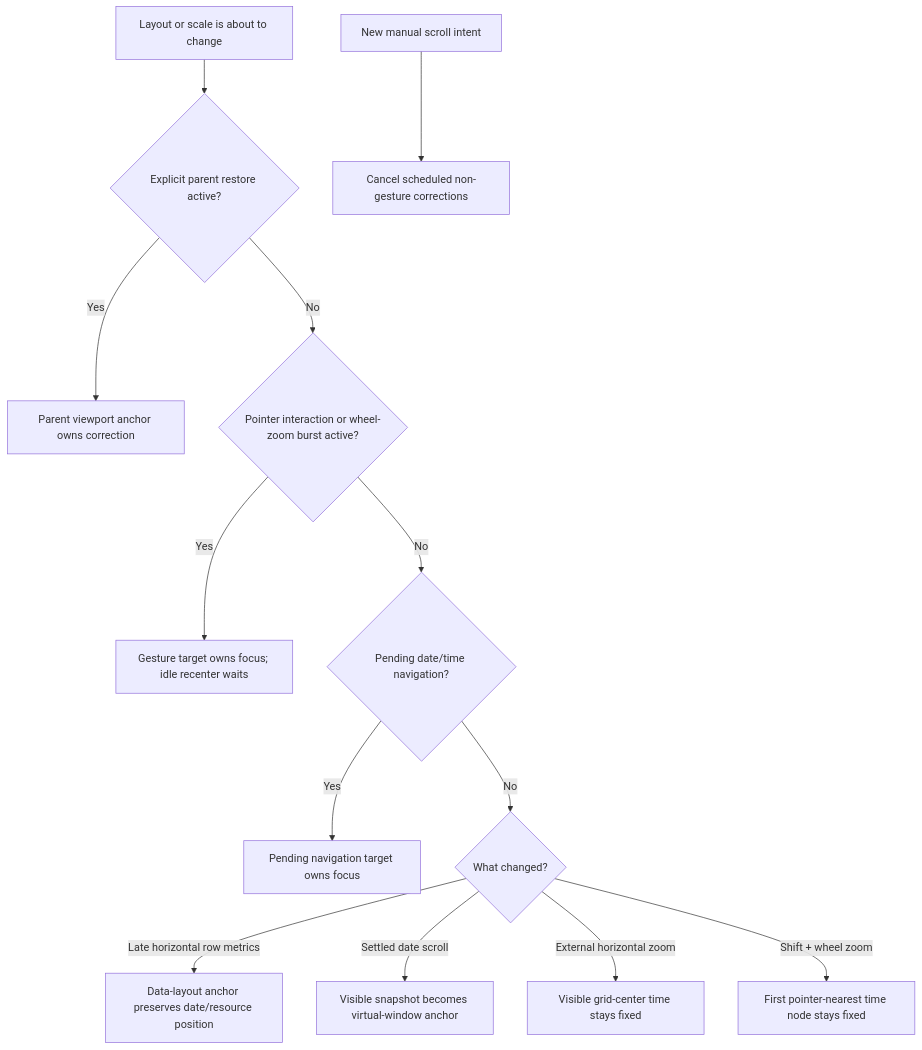
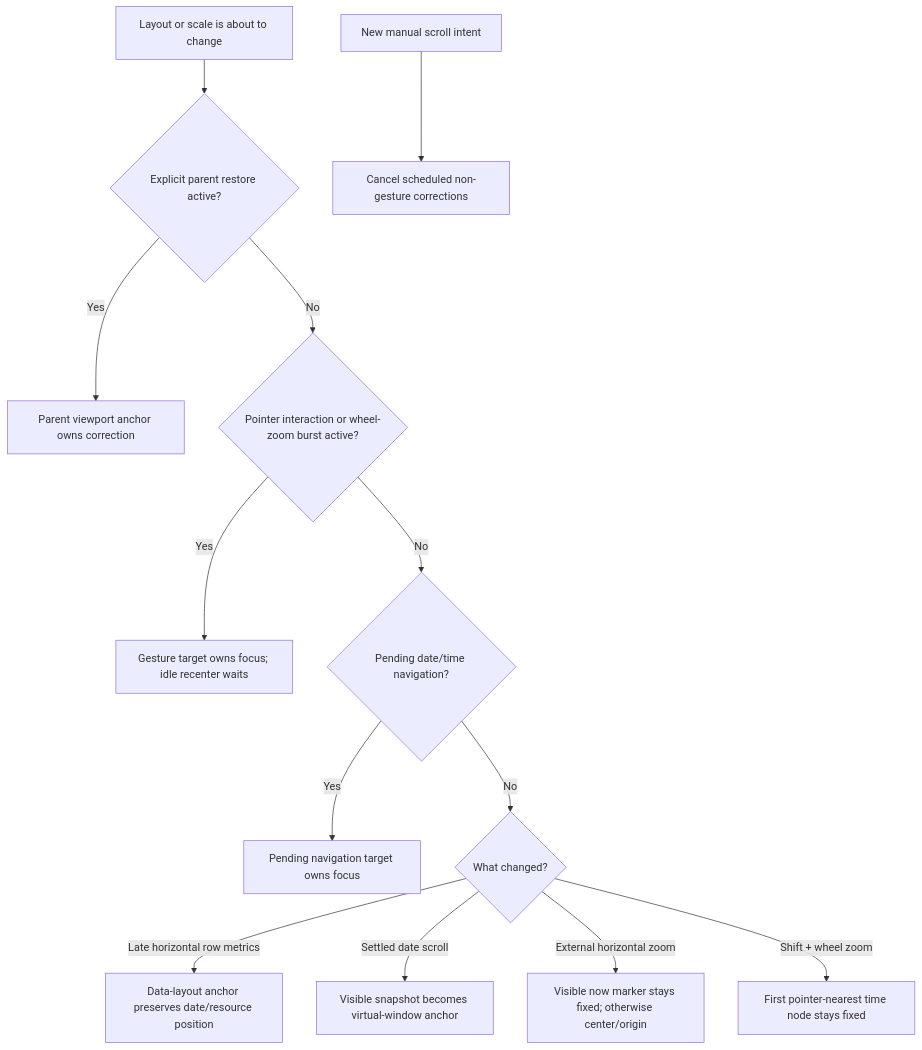
One commit to junomedical/quno-calendar changed the diagram in docs/flows/README.md. Above: the diagram before and after it, drawn with Mermaid. The commit also changed other lines of this file and 33 other files, not shown here.

````diff
--- a/docs/flows/README.md
+++ b/docs/flows/README.md
@@ -33,15 +33,15 @@
 ```mermaid
 flowchart TD
   Change["Layout or scale is about to change"] --> Explicit{"Explicit parent restore active?"}
   Explicit -->|Yes| Parent["Parent viewport anchor owns correction"]
   Explicit -->|No| Gesture{"Pointer interaction or wheel-zoom burst active?"}
   Gesture -->|Yes| GestureAnchor["Gesture target owns focus; idle recenter waits"]
   Gesture -->|No| Navigation{"Pending date/time navigation?"}
   Navigation -->|Yes| NavigationAnchor["Pending navigation target owns focus"]
   Navigation -->|No| Cause{"What changed?"}
   Cause -->|Late horizontal row metrics| DataAnchor["Data-layout anchor preserves date/resource position"]
   Cause -->|Settled date scroll| WindowAnchor["Visible snapshot becomes virtual-window anchor"]
-  Cause -->|External horizontal zoom| CenterTime["Visible grid-center time stays fixed"]
+  Cause -->|External horizontal zoom| CenterTime["Visible now marker stays fixed; otherwise center/origin"]
   Cause -->|Shift + wheel zoom| PointerTime["First pointer-nearest time node stays fixed"]
   Manual["New manual scroll intent"] --> Cancel["Cancel scheduled non-gesture corrections"]
 ```
````
